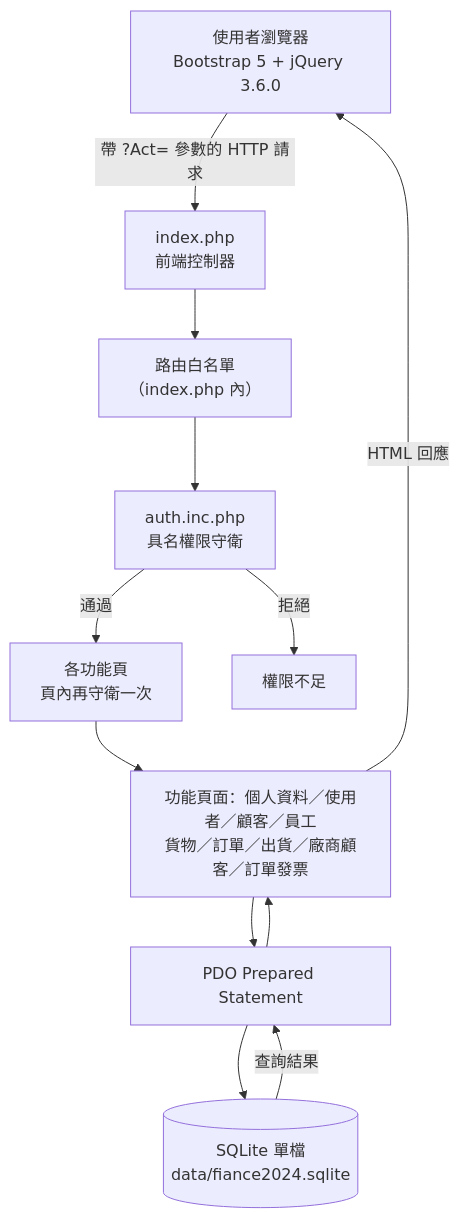
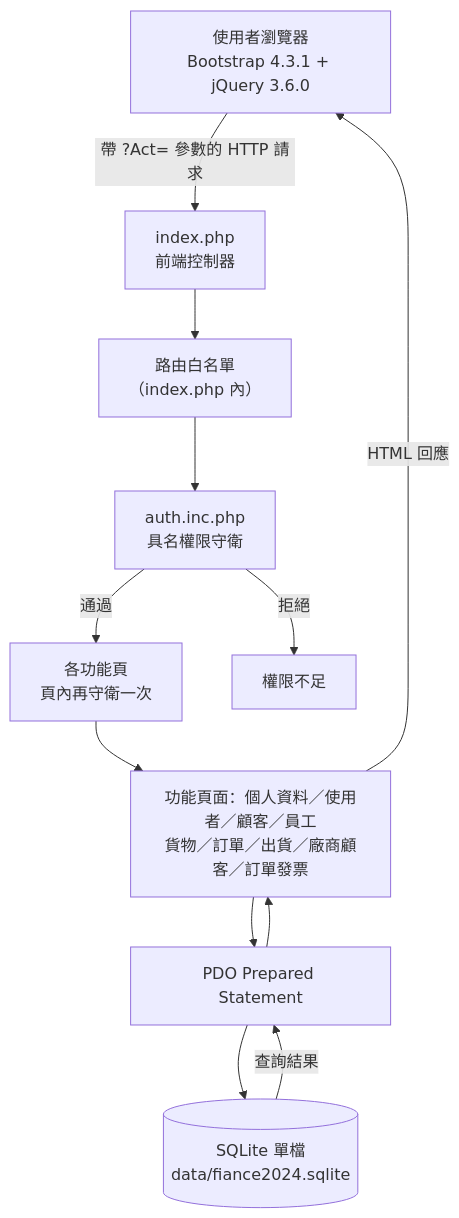
Before and after one commit to PomeloBiscuit/Enterprise-Operations-Management-System: the first of 4 diagrams in README.md, drawn with Mermaid. The commit also changed other lines of this file and 3 other files, not shown here.

````diff
--- a/README.md
+++ b/README.md
@@ -38,24 +38,24 @@
 ```mermaid
 flowchart TD
-    U["使用者瀏覽器<br/>Bootstrap 5 + jQuery 3.6.0"]
+    U["使用者瀏覽器<br/>Bootstrap 4.3.1 + jQuery 3.6.0"]
     FC["index.php<br/>前端控制器"]
     RT["路由白名單<br/>（index.php 內）"]
     G["auth.inc.php<br/>具名權限守衛"]
     PG["各功能頁<br/>頁內再守衛一次"]
     P["功能頁面：個人資料／使用者／顧客／員工<br/>貨物／訂單／出貨／廠商顧客／訂單發票"]
     DA["PDO Prepared Statement"]
     DB[("SQLite 單檔<br/>data/fiance2024.sqlite")]
     X["權限不足"]
 
     U -->|"帶 ?Act= 參數的 HTTP 請求"| FC
     FC --> RT
     RT --> G
     G -->|"通過"| PG
     G -->|"拒絕"| X
     PG --> P
     P --> DA
     DA --> DB
     DB -->|"查詢結果"| DA
     DA --> P
     P -->|"HTML 回應"| U
 ```
````
